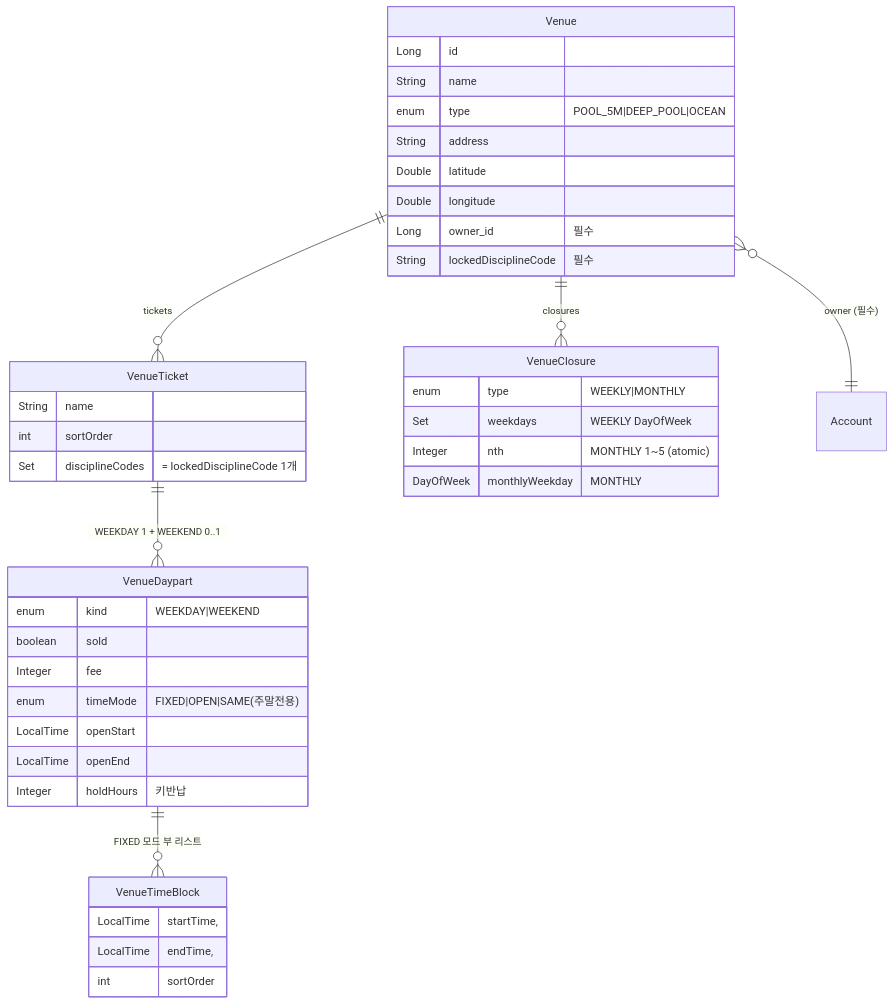
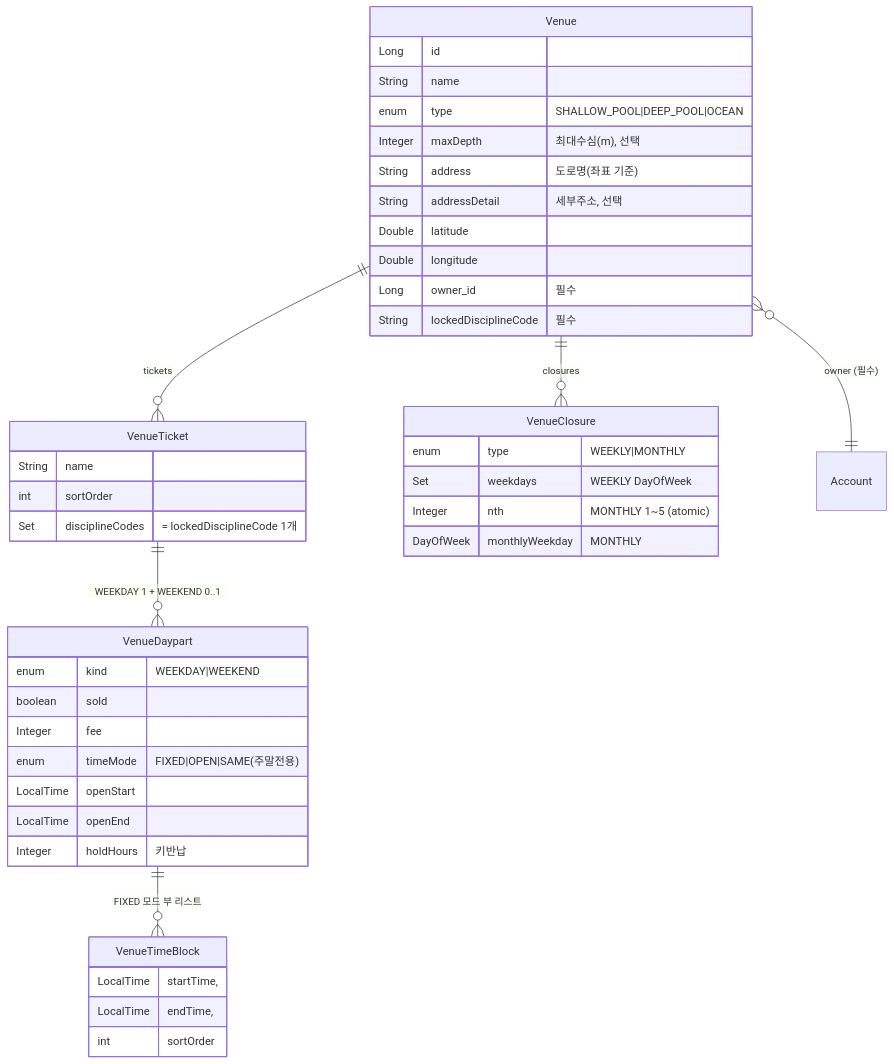
Before and after one commit to pungdong/Pungdong-Backend: the fourth of 4 diagrams in docs/architecture/venue.md, drawn with Mermaid. The commit also changed 10 other files, not shown here.

First line of the commit message:
Feat: venue 주소 2분할(도로명+세부) · 유형 명칭 정정(얕은풀장) · 최대수심 추가

````diff
--- a/docs/architecture/venue.md
+++ b/docs/architecture/venue.md
@@ -86,40 +86,42 @@
 ```mermaid
 erDiagram
   Venue ||--o{ VenueTicket : tickets
   Venue ||--o{ VenueClosure : closures
   VenueTicket ||--o{ VenueDaypart : "WEEKDAY 1 + WEEKEND 0..1"
   VenueDaypart ||--o{ VenueTimeBlock : "FIXED 모드 부 리스트"
   Venue }o--|| Account : "owner (필수)"
 
   Venue {
     Long id
     String name
-    enum type "POOL_5M|DEEP_POOL|OCEAN"
-    String address
+    enum type "SHALLOW_POOL|DEEP_POOL|OCEAN"
+    Integer maxDepth "최대수심(m), 선택"
+    String address "도로명(좌표 기준)"
+    String addressDetail "세부주소, 선택"
     Double latitude
     Double longitude
     Long owner_id "필수"
     String lockedDisciplineCode "필수"
   }
   VenueTicket {
     String name
     int sortOrder
     Set disciplineCodes "= lockedDisciplineCode 1개"
   }
   VenueDaypart {
     enum kind "WEEKDAY|WEEKEND"
     boolean sold
     Integer fee
     enum timeMode "FIXED|OPEN|SAME(주말전용)"
     LocalTime openStart
     LocalTime openEnd
     Integer holdHours "키반납"
   }
   VenueTimeBlock { LocalTime startTime, LocalTime endTime, int sortOrder }
   VenueClosure {
     enum type "WEEKLY|MONTHLY"
     Set weekdays "WEEKLY DayOfWeek"
     Integer nth "MONTHLY 1~5 (atomic)"
     DayOfWeek monthlyWeekday "MONTHLY"
   }
 ```
````
